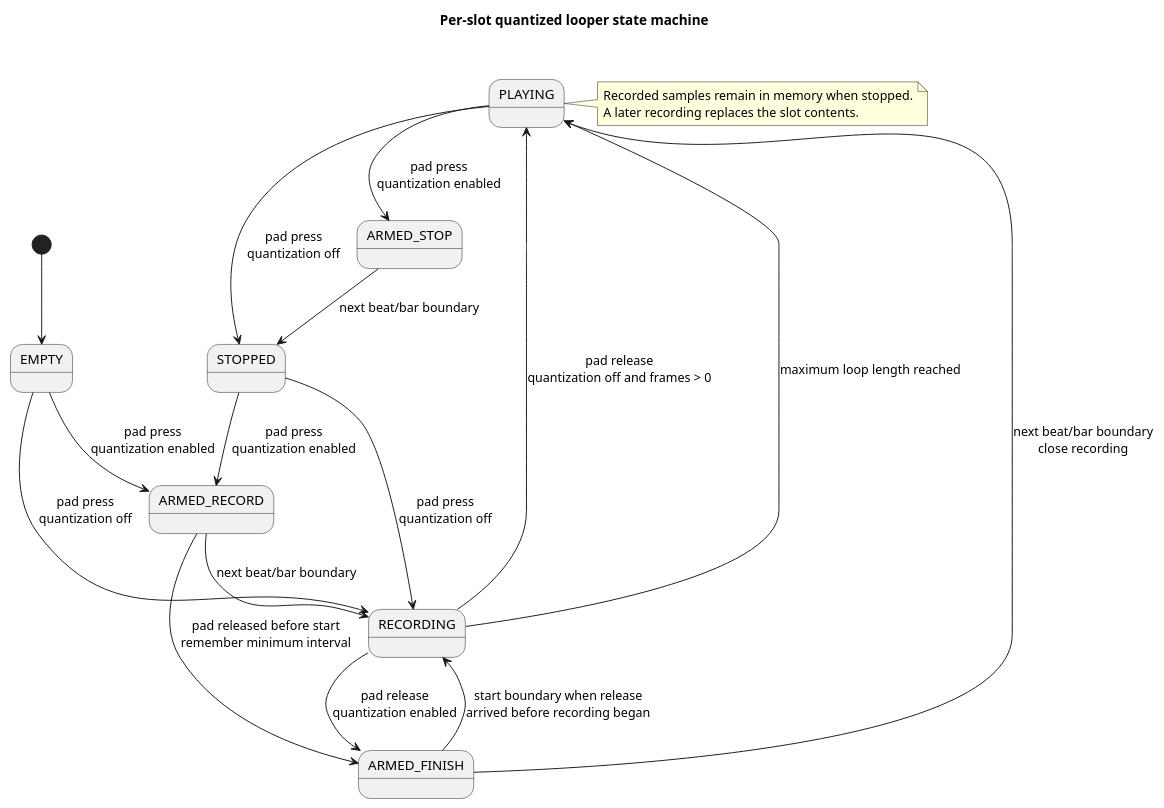
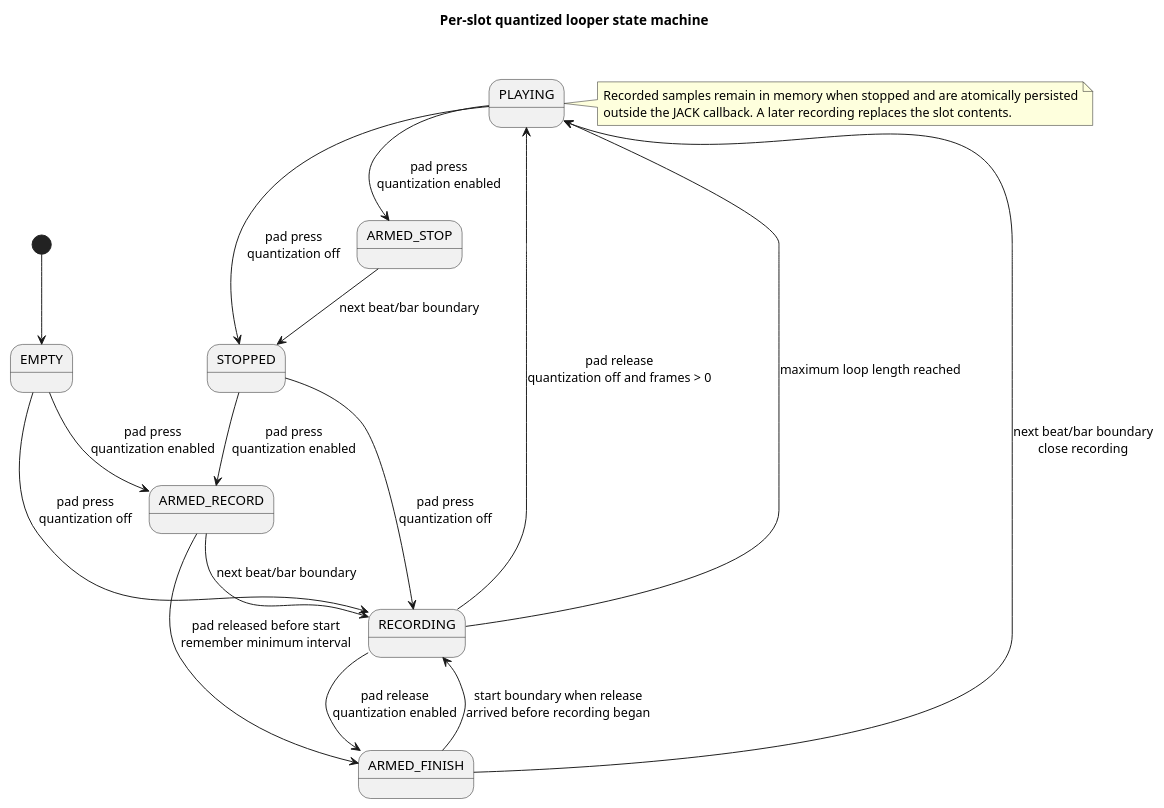
The fifth of 6 diagrams in docs/architecture.md (zupino/music-box), drawn with PlantUML before and after one commit. The commit also changed other lines of this file and 19 other files, not shown here.

````diff
--- a/docs/architecture.md
+++ b/docs/architecture.md
@@ -389,34 +391,34 @@
 ```plantuml
 @startuml
 ' SPDX-License-Identifier: MIT
 title Per-slot quantized looper state machine
 
 skinparam shadowing false
 
 [*] --> EMPTY
 
 EMPTY --> ARMED_RECORD : pad press\nquantization enabled
 EMPTY --> RECORDING : pad press\nquantization off
 STOPPED --> ARMED_RECORD : pad press\nquantization enabled
 STOPPED --> RECORDING : pad press\nquantization off
 
 ARMED_RECORD --> RECORDING : next beat/bar boundary
 ARMED_RECORD --> ARMED_FINISH : pad released before start\nremember minimum interval
 
 RECORDING --> ARMED_FINISH : pad release\nquantization enabled
 RECORDING --> PLAYING : pad release\nquantization off and frames > 0
 RECORDING --> PLAYING : maximum loop length reached
 
 ARMED_FINISH --> PLAYING : next beat/bar boundary\nclose recording
 ARMED_FINISH --> RECORDING : start boundary when release\narrived before recording began
 
 PLAYING --> ARMED_STOP : pad press\nquantization enabled
 PLAYING --> STOPPED : pad press\nquantization off
 ARMED_STOP --> STOPPED : next beat/bar boundary
 
 note right of PLAYING
-Recorded samples remain in memory when stopped.
-A later recording replaces the slot contents.
+Recorded samples remain in memory when stopped and are atomically persisted
+outside the JACK callback. A later recording replaces the slot contents.
 end note
 @enduml
 ```
````
